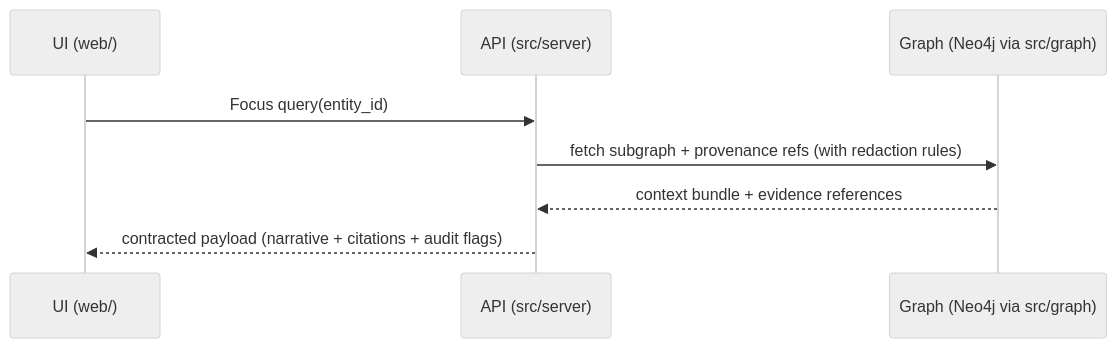
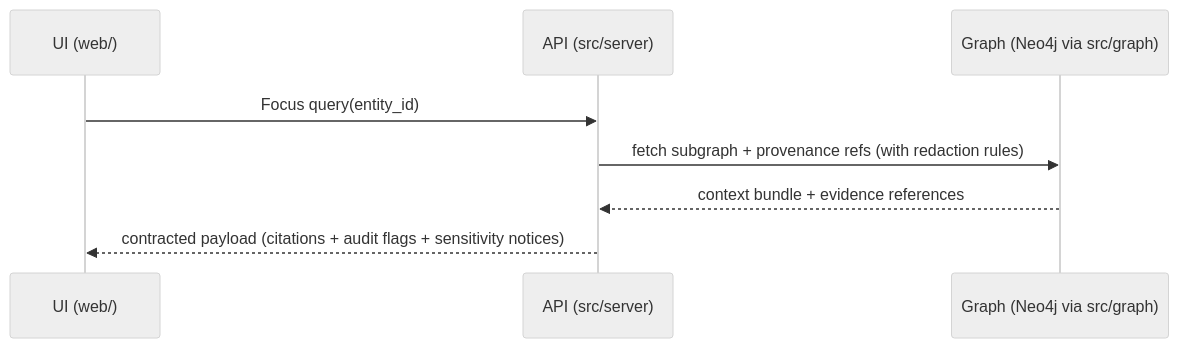
Before and after one commit to bartytime4life/Kansas-Frontier-Matrix: the second of 2 diagrams in README.md, drawn with Mermaid (neutral theme). The commit also changed other lines of this file, not shown here.

```diff
--- a/README.md
+++ b/README.md
@@ -299,10 +380,10 @@
 ~~~mermaid
 sequenceDiagram
   participant UI as UI (web/)
   participant API as API (src/server)
   participant Graph as Graph (Neo4j via src/graph)
   UI->>API: Focus query(entity_id)
   API->>Graph: fetch subgraph + provenance refs (with redaction rules)
   Graph-->>API: context bundle + evidence references
-  API-->>UI: contracted payload (narrative + citations + audit flags)
+  API-->>UI: contracted payload (citations + audit flags + sensitivity notices)
 ~~~
```
